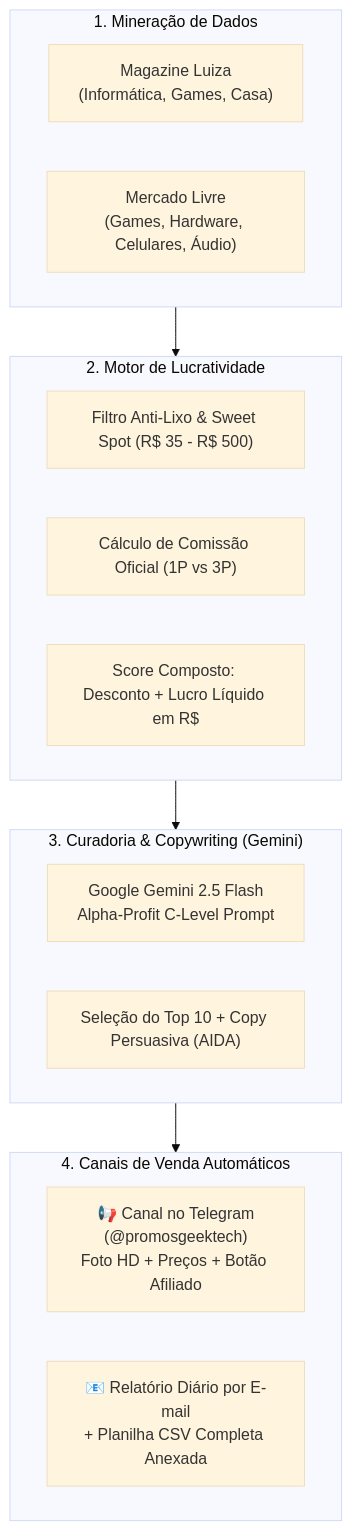
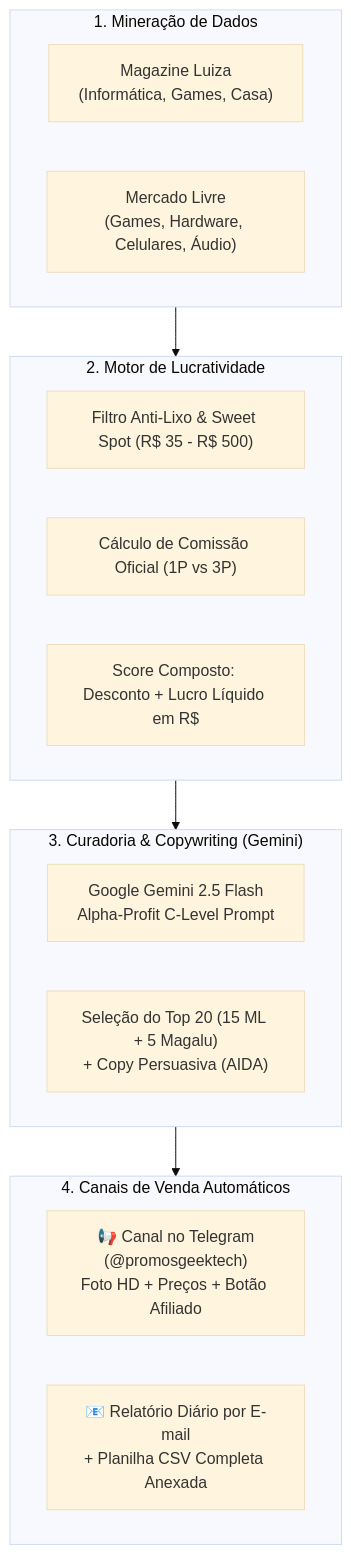
The diagram in README.md (rdsmelobsb/bot_afiliados_magalu), drawn with Mermaid (base theme) before and after one commit. The commit also changed 1 other file, not shown here.

Commit message:
feat: expandir para 20 ofertas (15 ML + 5 Magalu) e corrigir envio de imagens do Mercado Livre no Telegram

````diff
--- a/README.md
+++ b/README.md
@@ -12,27 +12,27 @@
 ```mermaid
 flowchart TD
     subgraph Coleta ["1. Mineração de Dados"]
         M1["Magazine Luiza<br/>(Informática, Games, Casa)"]
         M2["Mercado Livre<br/>(Games, Hardware, Celulares, Áudio)"]
     end
 
     subgraph Inteligencia ["2. Motor de Lucratividade"]
         F1["Filtro Anti-Lixo & Sweet Spot (R$ 35 - R$ 500)"]
         F2["Cálculo de Comissão Oficial (1P vs 3P)"]
         F3["Score Composto: Desconto + Lucro Líquido em R$"]
     end
 
     subgraph EstrategiaIA ["3. Curadoria & Copywriting (Gemini)"]
         IA["Google Gemini 2.5 Flash<br/>Alpha-Profit C-Level Prompt"]
-        COPY["Seleção do Top 10 + Copy Persuasiva (AIDA)"]
+        COPY["Seleção do Top 20 (15 ML + 5 Magalu)<br/>+ Copy Persuasiva (AIDA)"]
     end
 
     subgraph Distribuicao ["4. Canais de Venda Automáticos"]
         TG["📢 Canal no Telegram<br/>(@promosgeektech)<br/>Foto HD + Preços + Botão Afiliado"]
         EMAIL["📧 Relatório Diário por E-mail<br/>+ Planilha CSV Completa Anexada"]
     end
 
     Coleta --> Inteligencia
     Inteligencia --> EstrategiaIA
     EstrategiaIA --> Distribuicao
 ```
````
